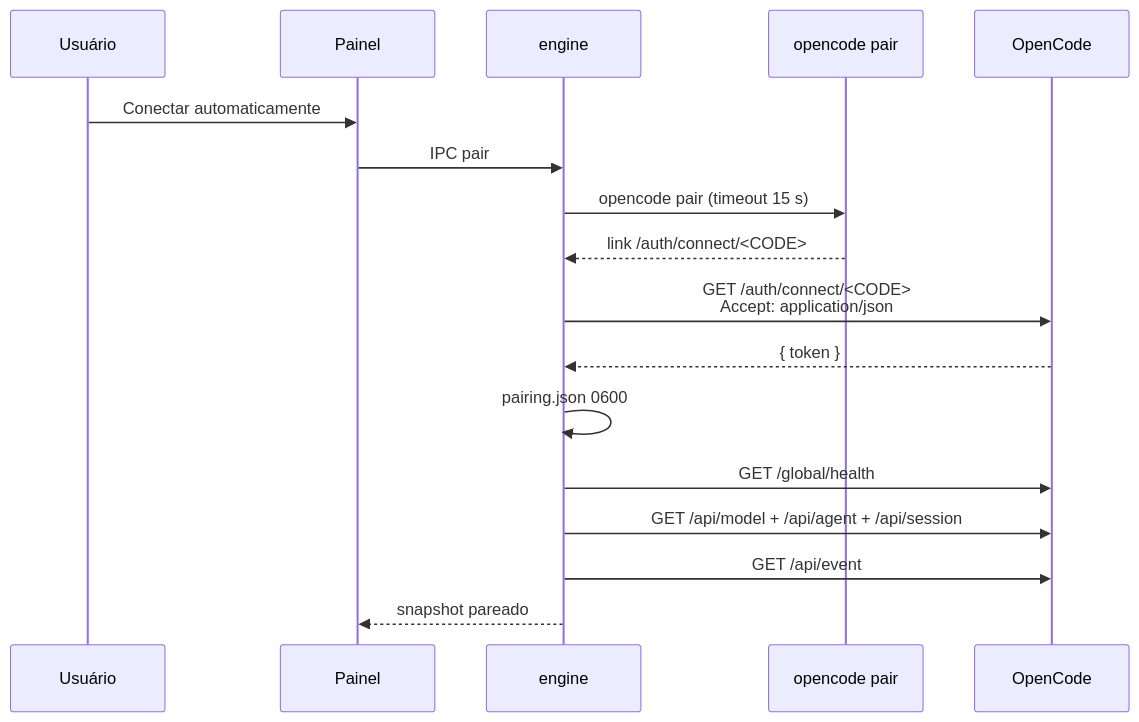
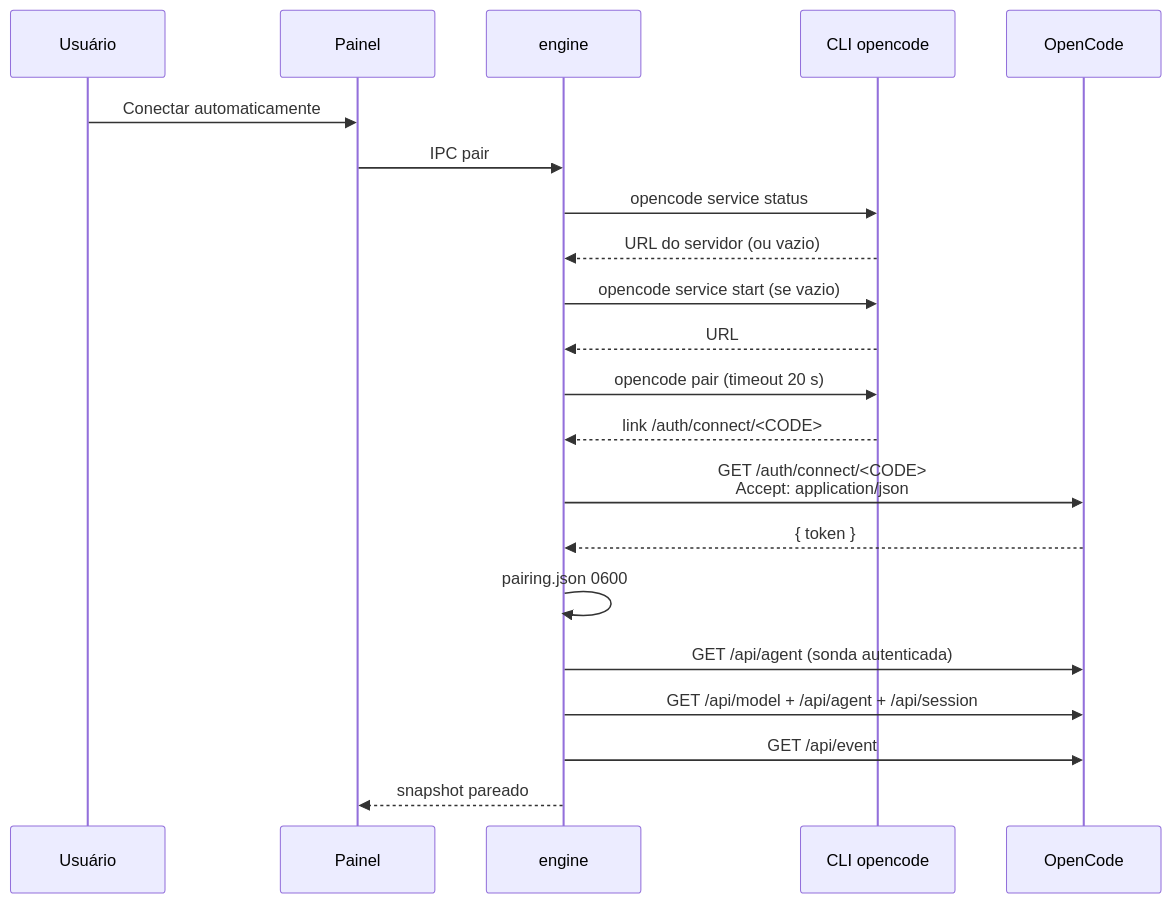
One commit to marcos2872/msbos-ai-chat changed the second of 3 diagrams in docs/conexao.md. Above: the diagram before and after it, drawn with Mermaid. The commit also changed other lines of this file and 19 other files, not shown here.

````diff
--- a/docs/conexao.md
+++ b/docs/conexao.md
@@ -30,20 +33,24 @@
 ```mermaid
 sequenceDiagram
     participant U as Usuário
     participant P as Painel
     participant E as engine
-    participant CLI as opencode pair
+    participant CLI as CLI opencode
     participant OC as OpenCode
 
     U->>P: Conectar automaticamente
     P->>E: IPC pair
-    E->>CLI: opencode pair (timeout 15 s)
+    E->>CLI: opencode service status
+    CLI-->>E: URL do servidor (ou vazio)
+    E->>CLI: opencode service start (se vazio)
+    CLI-->>E: URL
+    E->>CLI: opencode pair (timeout 20 s)
     CLI-->>E: link /auth/connect/<CODE>
     E->>OC: GET /auth/connect/<CODE><br/>Accept: application/json
     OC-->>E: { token }
     E->>E: pairing.json 0600
-    E->>OC: GET /global/health
+    E->>OC: GET /api/agent (sonda autenticada)
     E->>OC: GET /api/model + /api/agent + /api/session
     E->>OC: GET /api/event
     E-->>P: snapshot pareado
 ```
````
